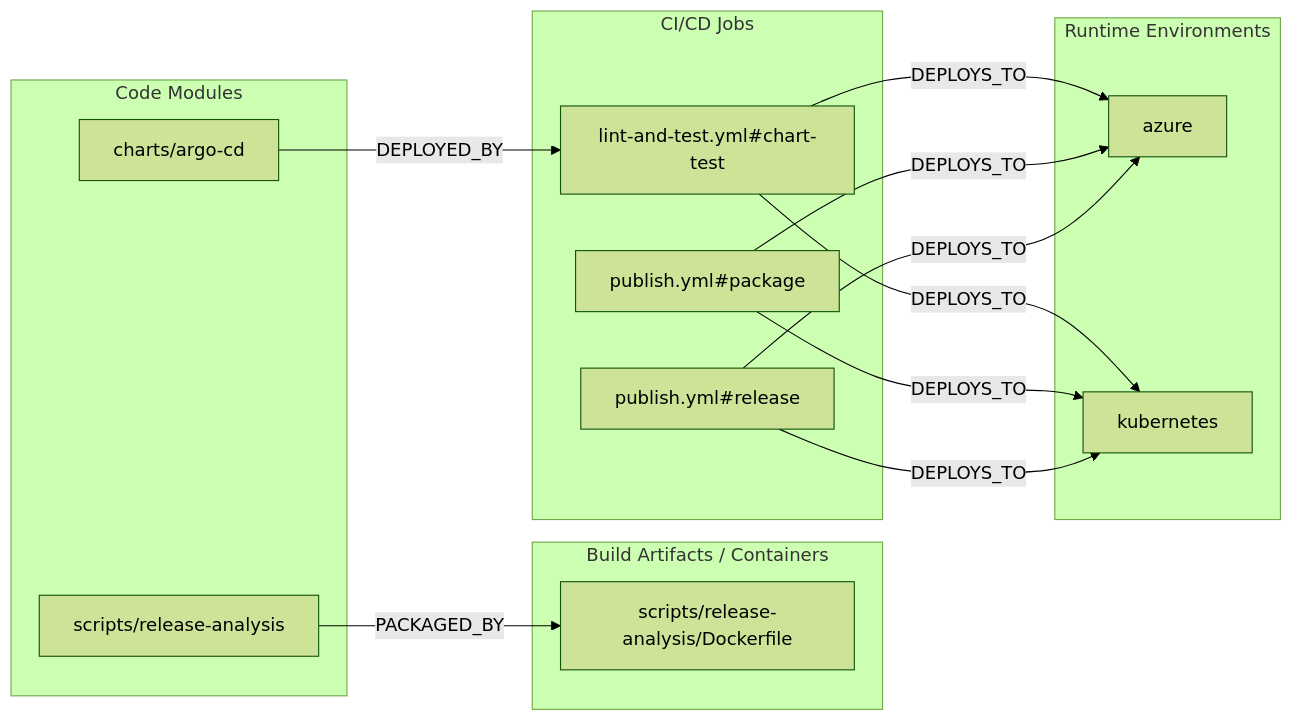
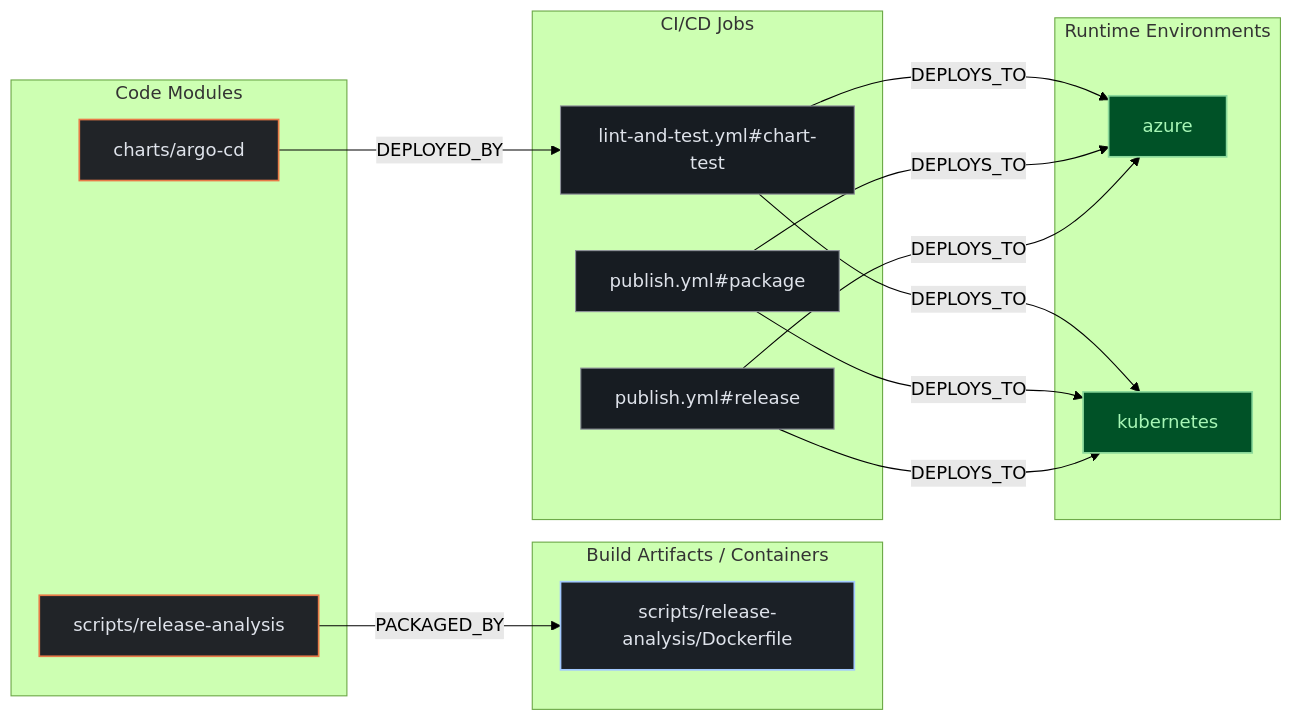
One commit to kumarshaz/atruss-code-atlas changed the second of 3 diagrams in exports/latest/reports/argoproj-argo-helm-report.md. Above: the diagram before and after it, drawn with Mermaid (forest theme). The commit also changed other lines of this file and 331 other files, not shown here.

Commit message:
docs,ui,fix: update SDLC docs, reorder CI/CD DAG first, stylize Mermaid, and fix Arc42 pipeline topology

````diff
--- a/exports/latest/reports/argoproj-argo-helm-report.md
+++ b/exports/latest/reports/argoproj-argo-helm-report.md
@@ -192,27 +199,31 @@
 ```mermaid
 flowchart LR
+    classDef atlasCategory fill:#212428,stroke:#E87A48,stroke-width:1.5px,color:#dfe3eb
+    classDef atlasWorkflow fill:#1b2026,stroke:#a3c9ff,stroke-width:1.5px,color:#dfe3eb
+    classDef atlasJob fill:#171c22,stroke:#8d9199,stroke-width:1px,color:#dfe3eb
+    classDef atlasTarget fill:#005227,stroke:#8bd99b,stroke-width:1.5px,color:#a7f6b6
     subgraph code_modules["Code Modules"]
-        mod_charts_argo_cd["charts/argo-cd"]
-        mod_scripts_release_analysis["scripts/release-analysis"]
+        mod_charts_argo_cd["charts/argo-cd"]:::atlasCategory
+        mod_scripts_release_analysis["scripts/release-analysis"]:::atlasCategory
     end
     subgraph build_artifacts["Build Artifacts / Containers"]
-        art_scripts_release_analysis_Dockerfile["scripts/release-analysis/Dockerfile"]
+        art_scripts_release_analysis_Dockerfile["scripts/release-analysis/Dockerfile"]:::atlasWorkflow
     end
     subgraph ci_jobs["CI/CD Jobs"]
-        job_lint_and_test_yml_chart_test["lint-and-test.yml#chart-test"]
-        job_publish_yml_package["publish.yml#package"]
-        job_publish_yml_release["publish.yml#release"]
+        job_lint_and_test_yml_chart_test["lint-and-test.yml#chart-test"]:::atlasJob
+        job_publish_yml_package["publish.yml#package"]:::atlasJob
+        job_publish_yml_release["publish.yml#release"]:::atlasJob
     end
     subgraph runtime_envs["Runtime Environments"]
-        env_azure["azure"]
-        env_kubernetes["kubernetes"]
+        env_azure["azure"]:::atlasTarget
+        env_kubernetes["kubernetes"]:::atlasTarget
     end
     job_lint_and_test_yml_chart_test -->|DEPLOYS_TO| env_azure
     job_lint_and_test_yml_chart_test -->|DEPLOYS_TO| env_kubernetes
     job_publish_yml_package -->|DEPLOYS_TO| env_azure
     job_publish_yml_package -->|DEPLOYS_TO| env_kubernetes
     job_publish_yml_release -->|DEPLOYS_TO| env_azure
     job_publish_yml_release -->|DEPLOYS_TO| env_kubernetes
     mod_charts_argo_cd -->|DEPLOYED_BY| job_lint_and_test_yml_chart_test
     mod_scripts_release_analysis -->|PACKAGED_BY| art_scripts_release_analysis_Dockerfile
 ```
````
